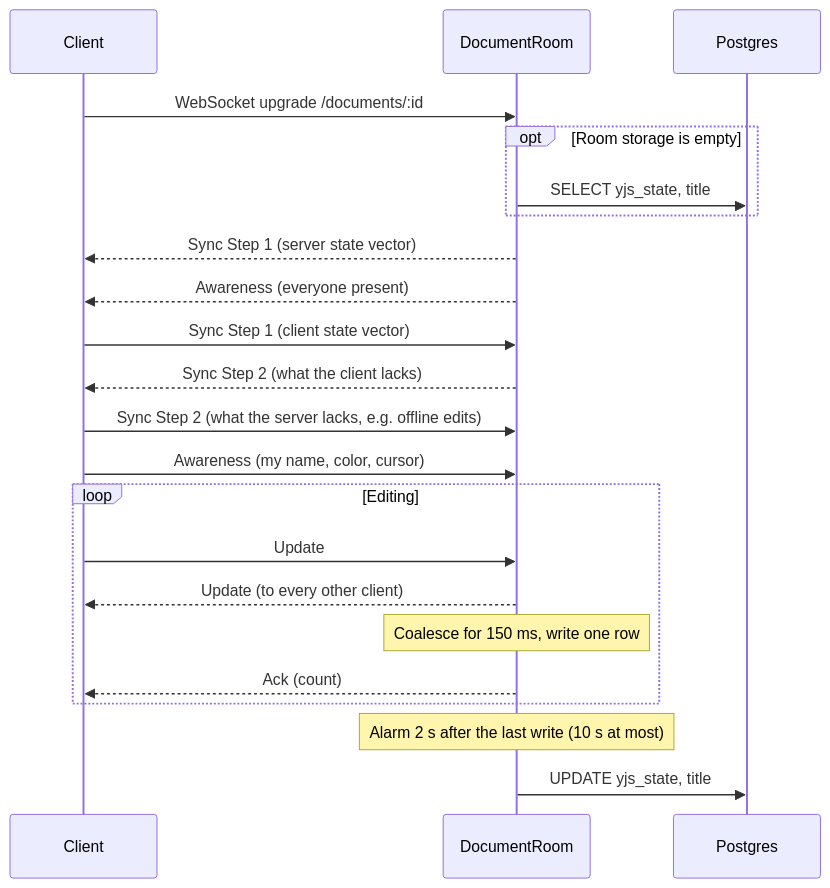
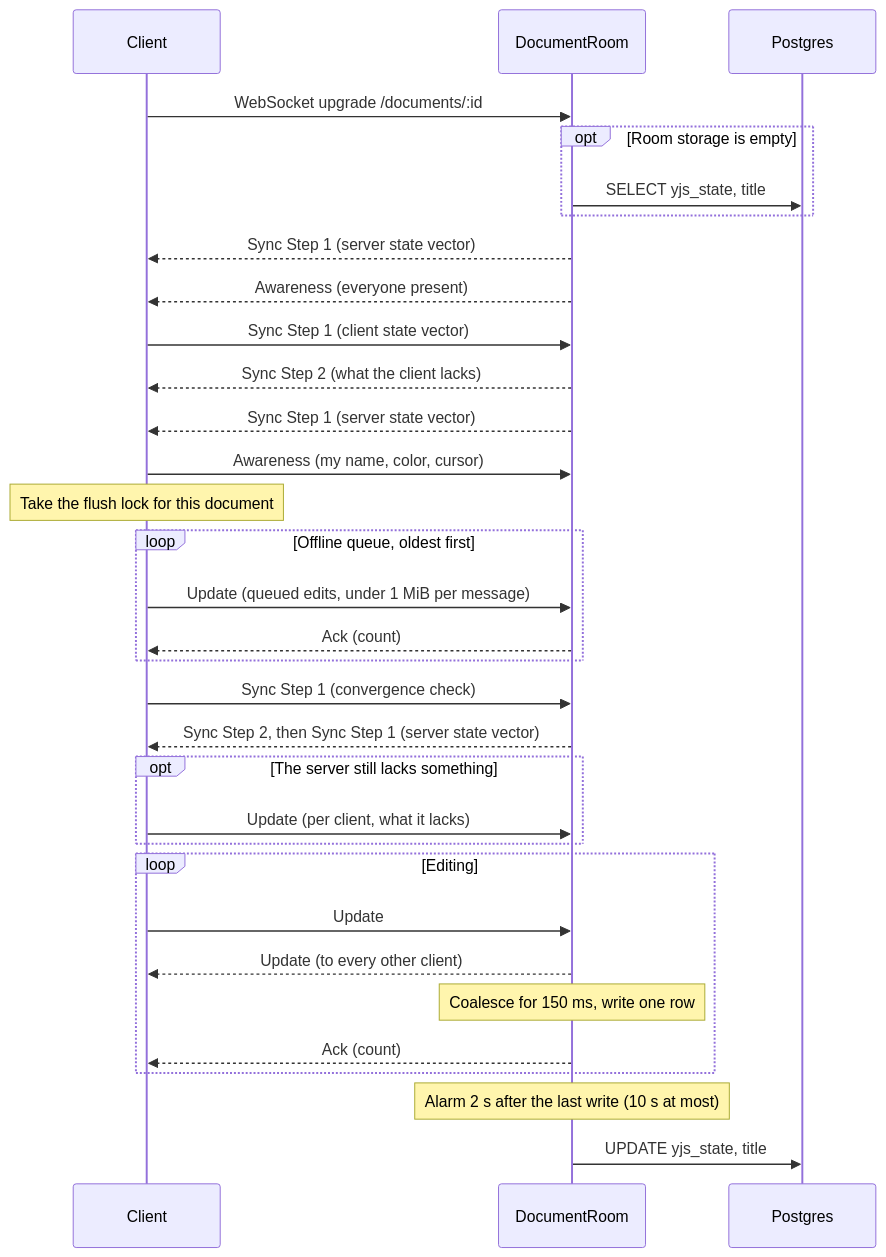
The second of 2 diagrams in README.md (swayamDev/Real-time-collaborative-editor), drawn with Mermaid before and after one commit. The commit also changed other lines of this file, not shown here.

First line of the commit message:
Document offline support

````diff
--- a/README.md
+++ b/README.md
@@ -132,25 +133,35 @@
 ```mermaid
 sequenceDiagram
   participant C as Client
   participant R as DocumentRoom
   participant DB as Postgres
 
   C->>R: WebSocket upgrade /documents/:id
   opt Room storage is empty
     R->>DB: SELECT yjs_state, title
   end
   R-->>C: Sync Step 1 (server state vector)
   R-->>C: Awareness (everyone present)
   C->>R: Sync Step 1 (client state vector)
   R-->>C: Sync Step 2 (what the client lacks)
-  C->>R: Sync Step 2 (what the server lacks, e.g. offline edits)
+  R-->>C: Sync Step 1 (server state vector)
   C->>R: Awareness (my name, color, cursor)
+  Note over C: Take the flush lock for this document
+  loop Offline queue, oldest first
+    C->>R: Update (queued edits, under 1 MiB per message)
+    R-->>C: Ack (count)
+  end
+  C->>R: Sync Step 1 (convergence check)
+  R-->>C: Sync Step 2, then Sync Step 1 (server state vector)
+  opt The server still lacks something
+    C->>R: Update (per client, what it lacks)
+  end
   loop Editing
     C->>R: Update
     R-->>C: Update (to every other client)
     Note over R: Coalesce for 150 ms, write one row
     R-->>C: Ack (count)
   end
   Note over R: Alarm 2 s after the last write (10 s at most)
   R->>DB: UPDATE yjs_state, title
 ```
````
